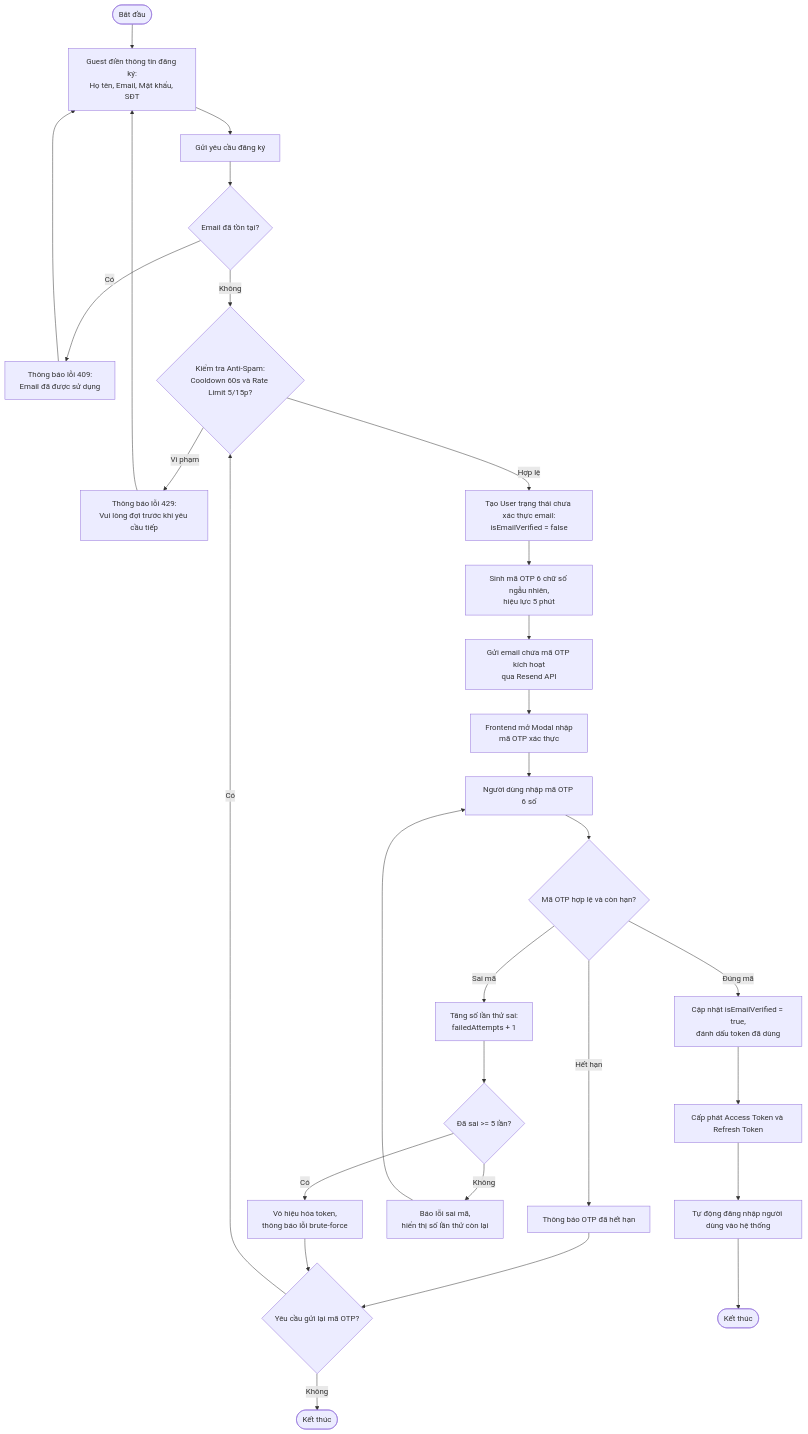
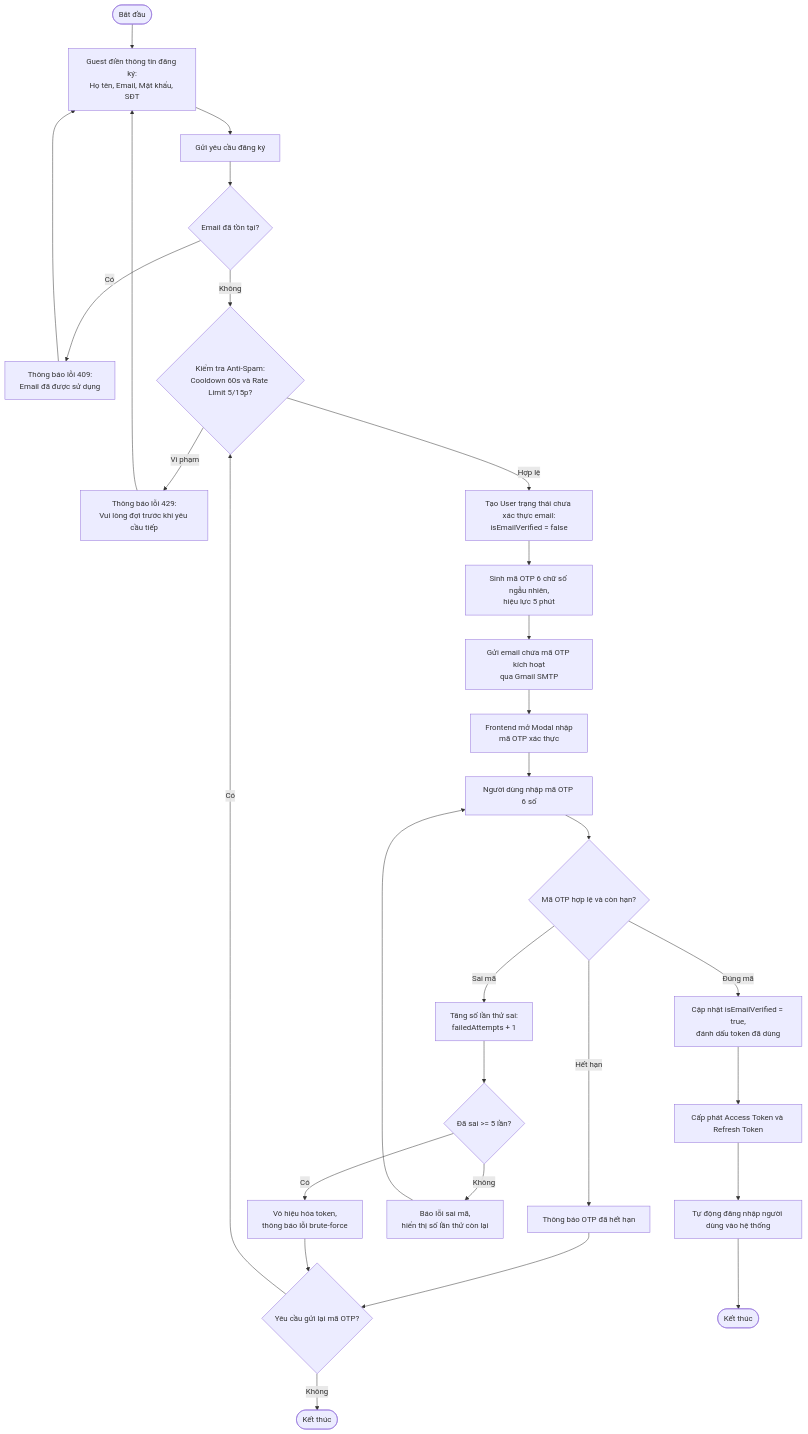
One commit to dinhtuandev/EcoMart changed the diagram in docs/diagrams/activity/registration-email-otp.md. Above: the diagram before and after it, drawn with Mermaid. The commit also changed 63 other files, not shown here.

````diff
--- a/docs/diagrams/activity/registration-email-otp.md
+++ b/docs/diagrams/activity/registration-email-otp.md
@@ -16,37 +16,37 @@
 ```mermaid
 flowchart TD
     Start([Bắt đầu]) --> FillForm["Guest điền thông tin đăng ký:<br/>Họ tên, Email, Mật khẩu, SĐT"]
     FillForm --> Submit["Gửi yêu cầu đăng ký"]
     Submit --> CheckEmail{"Email đã tồn tại?"}
     CheckEmail -- "Có" --> ShowEmailError["Thông báo lỗi 409:<br/>Email đã được sử dụng"]
     ShowEmailError --> FillForm
 
     CheckEmail -- "Không" --> CheckSpam{"Kiểm tra Anti-Spam:<br/>Cooldown 60s và Rate Limit 5/15p?"}
     CheckSpam -- "Vi phạm" --> Show429["Thông báo lỗi 429:<br/>Vui lòng đợi trước khi yêu cầu tiếp"]
     Show429 --> FillForm
 
     CheckSpam -- "Hợp lệ" --> CreateUser["Tạo User trạng thái chưa xác thực email:<br/>isEmailVerified = false"]
     CreateUser --> GenOTP["Sinh mã OTP 6 chữ số ngẫu nhiên,<br/>hiệu lực 5 phút"]
-    GenOTP --> SendMail["Gửi email chứa mã OTP kích hoạt<br/>qua Resend API"]
+    GenOTP --> SendMail["Gửi email chứa mã OTP kích hoạt<br/>qua Gmail SMTP"]
     SendMail --> OpenModal["Frontend mở Modal nhập<br/>mã OTP xác thực"]
 
     OpenModal --> InputOTP["Người dùng nhập mã OTP 6 số"]
     InputOTP --> VerifyOTP{"Mã OTP hợp lệ và còn hạn?"}
 
     VerifyOTP -- "Hết hạn" --> ExpiredErr["Thông báo OTP đã hết hạn"]
     ExpiredErr --> ResendPrompt{"Yêu cầu gửi lại mã OTP?"}
     ResendPrompt -- "Có" --> CheckSpam
     ResendPrompt -- "Không" --> EndFail([Kết thúc])
 
     VerifyOTP -- "Sai mã" --> IncFailed["Tăng số lần thử sai:<br/>failedAttempts + 1"]
     IncFailed --> CheckMax{"Đã sai >= 5 lần?"}
     CheckMax -- "Có" --> InvalidateToken["Vô hiệu hóa token,<br/>thông báo lỗi brute-force"]
     InvalidateToken --> ResendPrompt
     CheckMax -- "Không" --> ShowRemaining["Báo lỗi sai mã,<br/>hiển thị số lần thử còn lại"]
     ShowRemaining --> InputOTP
 
     VerifyOTP -- "Đúng mã" --> ActivateUser["Cập nhật isEmailVerified = true,<br/>đánh dấu token đã dùng"]
     ActivateUser --> IssueTokens["Cấp phát Access Token và Refresh Token"]
     IssueTokens --> AutoLogin["Tự động đăng nhập người dùng vào hệ thống"]
     AutoLogin --> End([Kết thúc])
 ```
````
